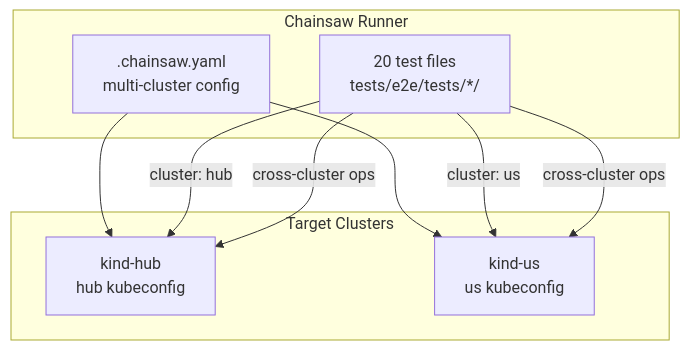
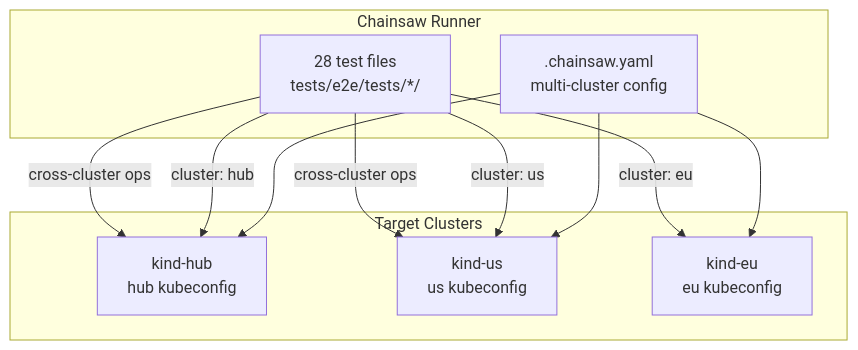
The first of 3 diagrams in docs/platform-mvp/06-e2e-verification.md (sojoner/kro-lab), drawn with Mermaid before and after one commit. The commit also changed other lines of this file and 8 other files, not shown here.

````diff
--- a/docs/platform-mvp/06-e2e-verification.md
+++ b/docs/platform-mvp/06-e2e-verification.md
@@ -9,19 +9,22 @@
 ```mermaid
 graph TB
     subgraph "Chainsaw Runner"
         CFG[".chainsaw.yaml<br/>multi-cluster config"]
-        TESTS["20 test files<br/>tests/e2e/tests/*/"]
+        TESTS["28 test files<br/>tests/e2e/tests/*/"]
     end
 
     subgraph "Target Clusters"
         HUB["kind-hub<br/>hub kubeconfig"]
         US["kind-us<br/>us kubeconfig"]
+        EU["kind-eu<br/>eu kubeconfig"]
     end
 
     CFG --> HUB
     CFG --> US
+    CFG --> EU
     TESTS -->|"cluster: hub"| HUB
     TESTS -->|"cluster: us"| US
+    TESTS -->|"cluster: eu"| EU
     TESTS -->|"cross-cluster ops"| HUB
     TESTS -->|"cross-cluster ops"| US
 ```
````
